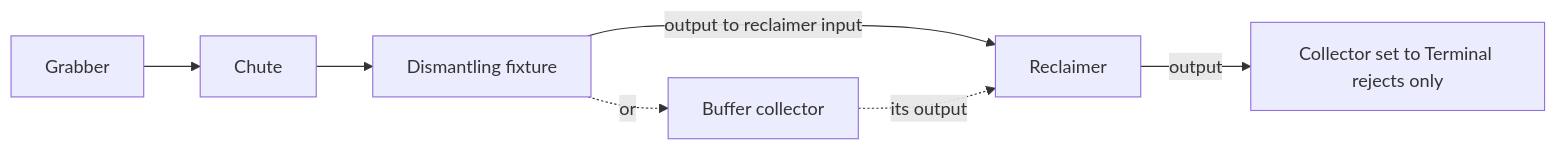
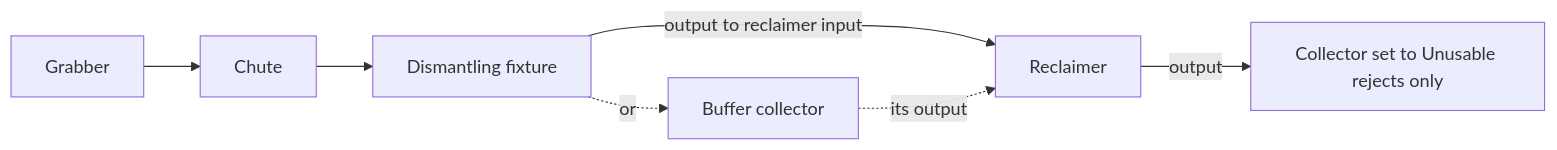
One commit to phobos-dthorga/phobos-ostranauts changed the diagram in docs/automatic-material-routing.md. Above: the diagram before and after it, drawn with Mermaid. The commit also changed other lines of this file and 46 other files, not shown here.

````diff
--- a/docs/automatic-material-routing.md
+++ b/docs/automatic-material-routing.md
@@ -59,9 +59,9 @@
 ```mermaid
 flowchart LR
     Grabber["Grabber"] --> Chute["Chute"]
     Chute --> Fixture["Dismantling fixture"]
     Fixture -->|output to reclaimer input| Reclaimer["Reclaimer"]
     Fixture -.->|or| Buffer["Buffer collector"]
     Buffer -.->|its output| Reclaimer
-    Reclaimer -->|output| Rejects["Collector set to Terminal rejects only"]
+    Reclaimer -->|output| Rejects["Collector set to Unusable rejects only"]
 ```
````
